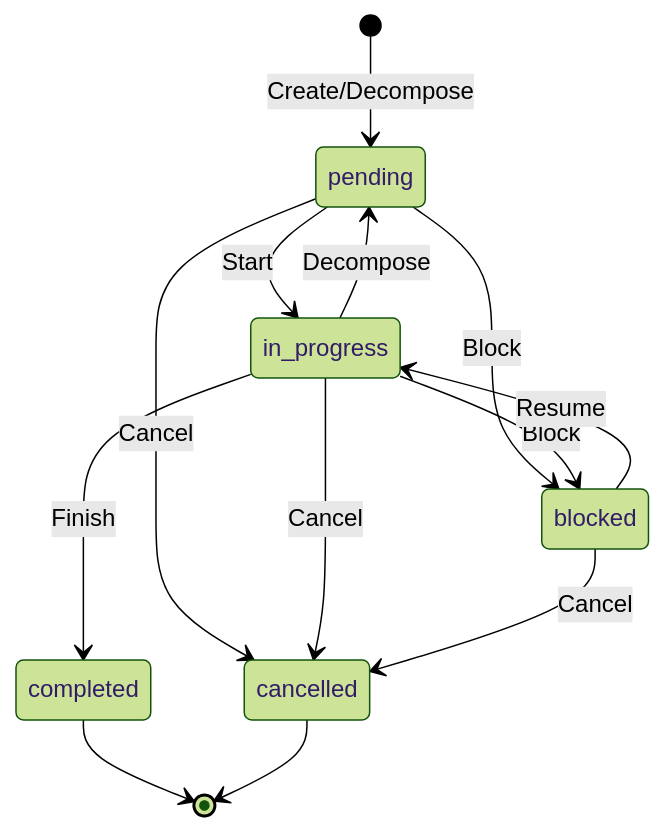
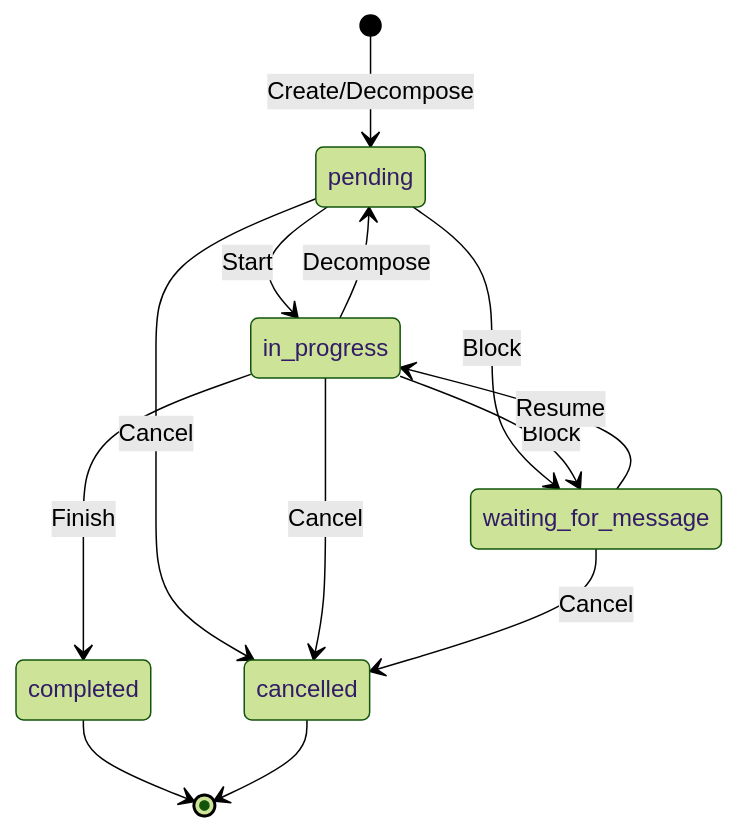
One commit to fkxxyz/opencode-cclover changed the second of 3 diagrams in docs/requirements-tasks.md. Above: the diagram before and after it, drawn with Mermaid (forest theme). The commit also changed other lines of this file and 18 other files, not shown here.

````diff
--- a/docs/requirements-tasks.md
+++ b/docs/requirements-tasks.md
@@ -153,15 +153,15 @@
 ```mermaid
 stateDiagram-v2
     [*] --> pending: Create/Decompose
     pending --> in_progress: Start
     pending --> cancelled: Cancel
-    pending --> blocked: Block
+    pending --> waiting_for_message: Block
     in_progress --> completed: Finish
     in_progress --> cancelled: Cancel
-    in_progress --> blocked: Block
+    in_progress --> waiting_for_message: Block
     in_progress --> pending: Decompose
-    blocked --> in_progress: Resume
-    blocked --> cancelled: Cancel
+    waiting_for_message --> in_progress: Resume
+    waiting_for_message --> cancelled: Cancel
     completed --> [*]
     cancelled --> [*]
 ```
````
